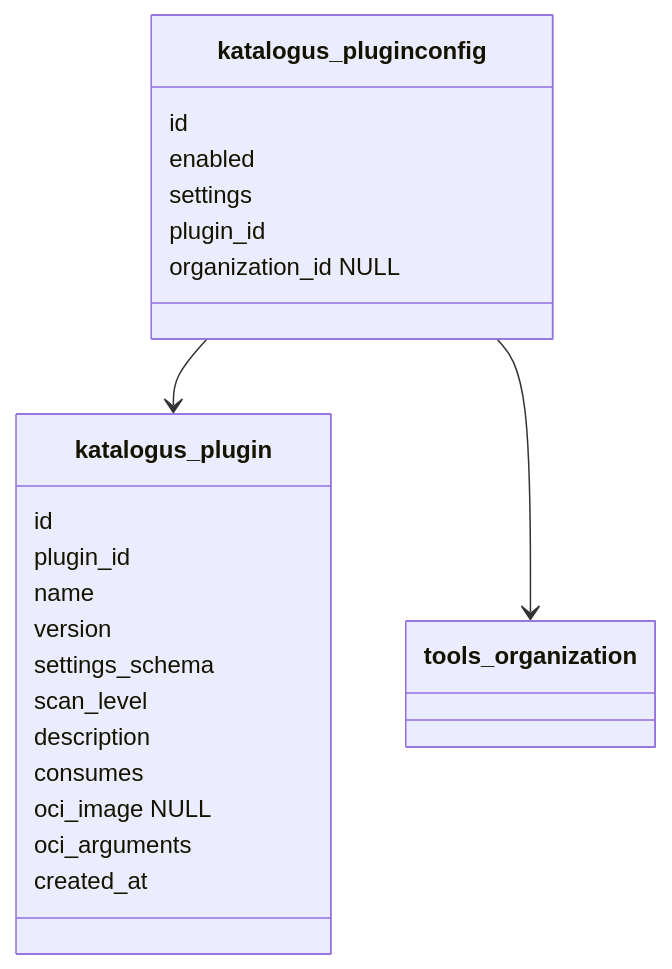
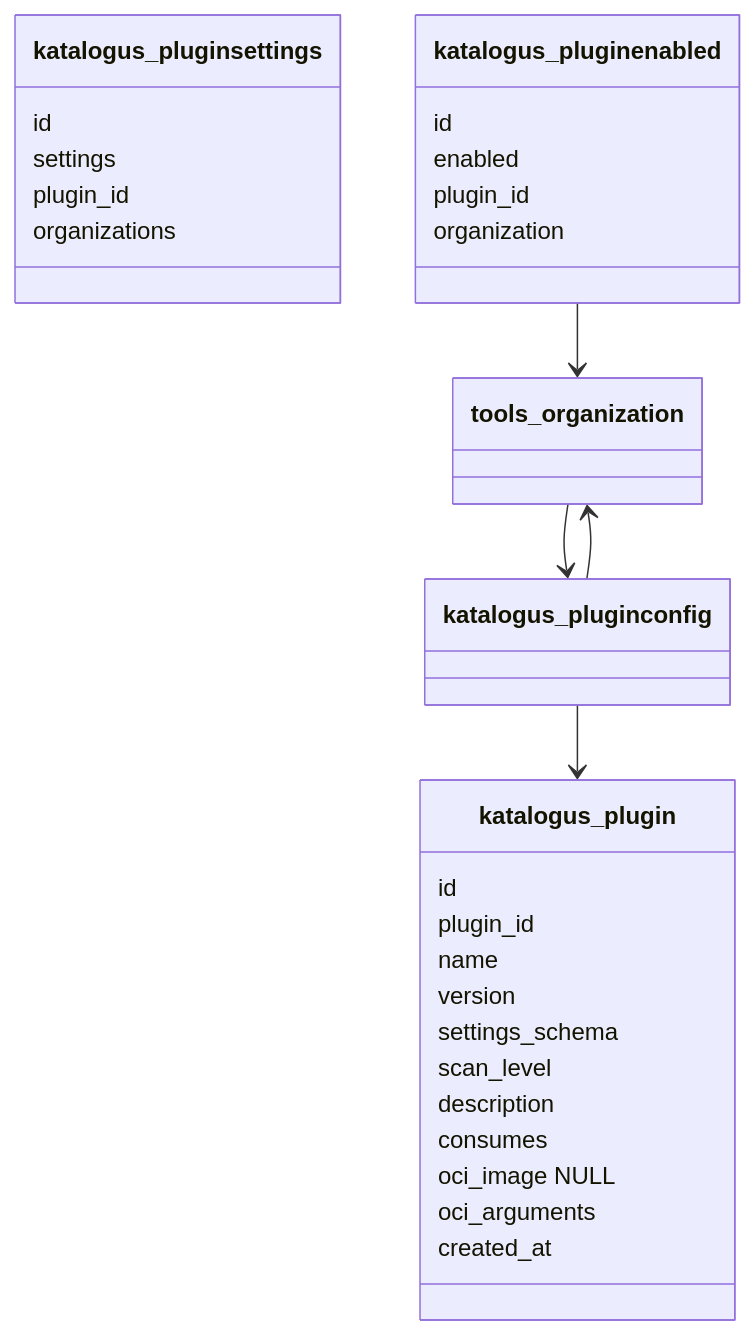
The second of 2 diagrams in rfd/0006-katalogus-database-schema.md (minvws/nl-kat-coordination), drawn with Mermaid before and after one commit. The commit also changed 3 other files, not shown here.

````diff
--- a/rfd/0006-katalogus-database-schema.md
+++ b/rfd/0006-katalogus-database-schema.md
@@ -83,27 +83,35 @@
 ```mermaid
 classDiagram
   class katalogus_plugin {
     id
     plugin_id
     name
     version
     settings_schema
     scan_level
     description
     consumes
     oci_image NULL
     oci_arguments
     created_at
   }
 
-  class katalogus_pluginconfig {
+  class katalogus_pluginsettings {
+    id
+    settings
+    plugin_id
+    organizations
+  }
+
+  class katalogus_pluginenabled {
     id
     enabled
-    settings
     plugin_id
-    organization_id NULL
+    organization
   }
 
   katalogus_pluginconfig --> katalogus_plugin
   katalogus_pluginconfig --> tools_organization
+  tools_organization --> katalogus_pluginconfig
+  katalogus_pluginenabled --> tools_organization 
 ```
````
